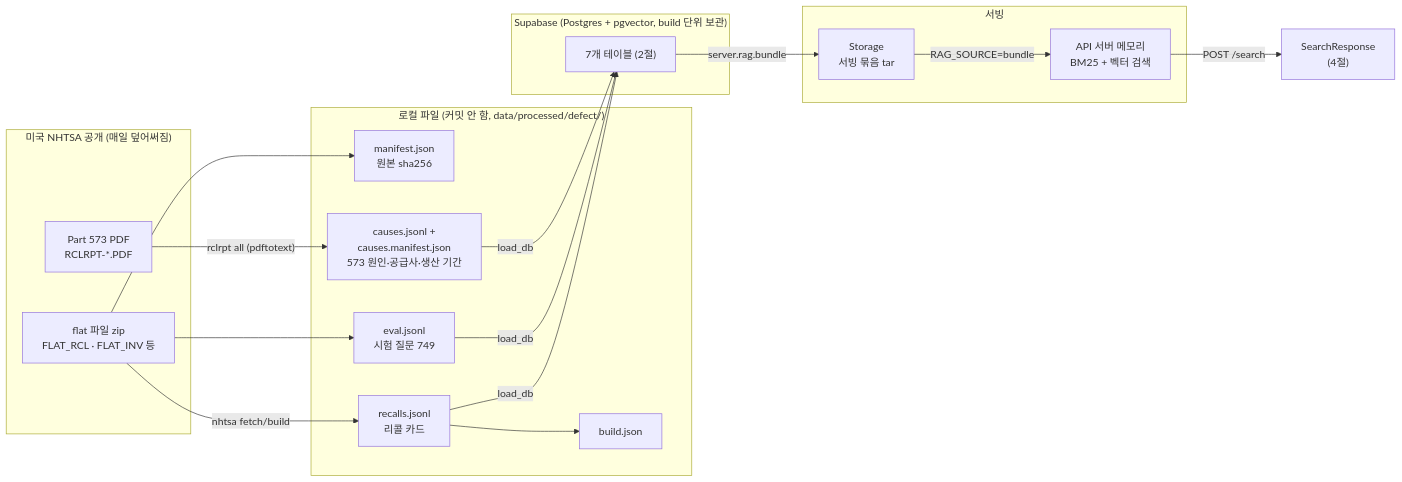
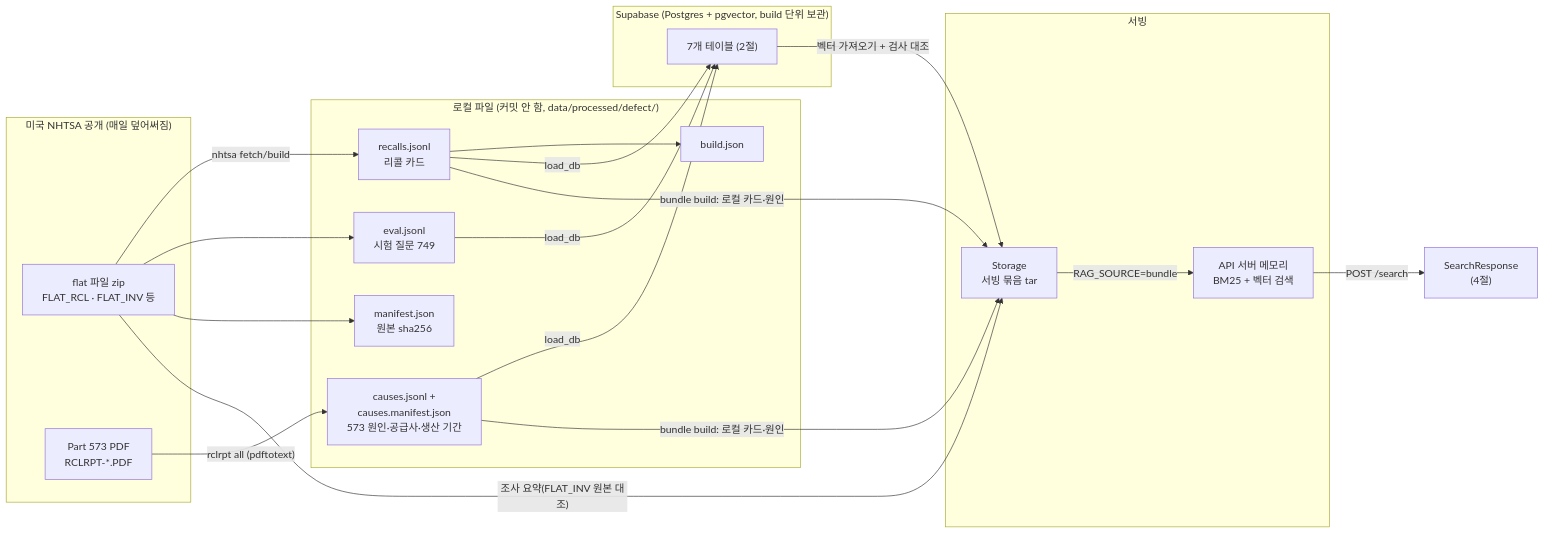
Before and after one commit to jh3779/recall-casebook: the first of 3 diagrams in docs/ERD.md, drawn with Mermaid. The commit also changed other lines of this file and 3 other files, not shown here.

First line of the commit message:
docs: 2차 리뷰·Codex 지적 반영 — WAF 상태·2014-08 이전 리콜 표현·ERD 묶음 흐름과 칸을 바로잡는다

````diff
--- a/docs/ERD.md
+++ b/docs/ERD.md
@@ -8,30 +8,32 @@
 ```mermaid
 flowchart LR
     subgraph NHTSA["미국 NHTSA 공개 (매일 덮어써짐)"]
         FLAT["flat 파일 zip<br/>FLAT_RCL · FLAT_INV 등"]
         PDF["Part 573 PDF<br/>RCLRPT-*.PDF"]
     end
     subgraph LOCAL["로컬 파일 (커밋 안 함, data/processed/defect/)"]
         RAWM["manifest.json<br/>원본 sha256"]
         RECJ["recalls.jsonl<br/>리콜 카드"]
         EVALJ["eval.jsonl<br/>시험 질문 749"]
         CAUJ["causes.jsonl +<br/>causes.manifest.json<br/>573 원인·공급사·생산 기간"]
         BUILDJ["build.json"]
     end
     subgraph DB["Supabase (Postgres + pgvector, build 단위 보관)"]
         T["7개 테이블 (2절)"]
     end
     subgraph SERVE["서빙"]
         STOR["Storage<br/>서빙 묶음 tar"]
         MEM["API 서버 메모리<br/>BM25 + 벡터 검색"]
     end
     FLAT -->|nhtsa fetch/build| RECJ
     FLAT --> EVALJ
     FLAT --> RAWM
     PDF -->|"rclrpt all (pdftotext)"| CAUJ
     RECJ --> BUILDJ
     RECJ & EVALJ & CAUJ -->|load_db| T
-    T -->|server.rag.bundle| STOR
+    RECJ & CAUJ -->|"bundle build: 로컬 카드·원인"| STOR
+    FLAT -->|"조사 요약(FLAT_INV 원본 대조)"| STOR
+    T -->|"벡터 가져오기 + 검사 대조"| STOR
     STOR -->|RAG_SOURCE=bundle| MEM
     MEM -->|POST /search| API["SearchResponse<br/>(4절)"]
 ```
````
